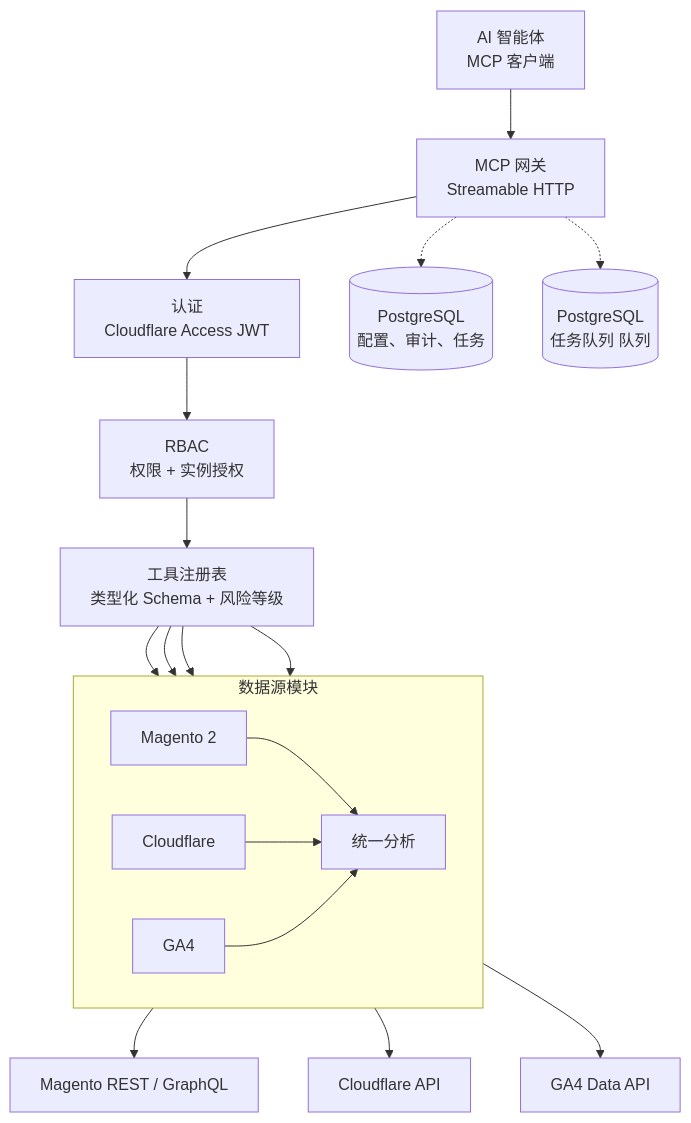
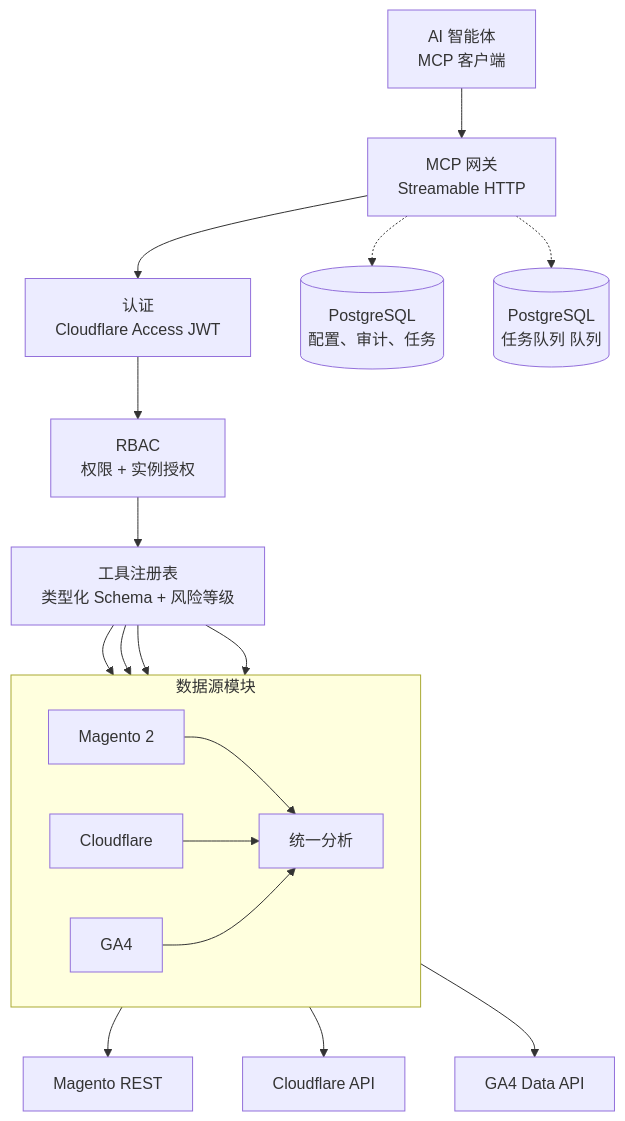
Before and after one commit to shuaiZend/mage2mcp: the diagram in README.zh-CN.md, drawn with Mermaid. The commit also changed other lines of this file and 44 other files, not shown here.

````diff
--- a/README.zh-CN.md
+++ b/README.zh-CN.md
@@ -181,26 +211,26 @@
 ```mermaid
 flowchart TB
   agents["AI 智能体<br/>MCP 客户端"] --> gateway["MCP 网关<br/>Streamable HTTP"]
   gateway --> auth["认证<br/>Cloudflare Access JWT"]
   auth --> rbac["RBAC<br/>权限 + 实例授权"]
   rbac --> registry["工具注册表<br/>类型化 Schema + 风险等级"]
   subgraph modules["数据源模块"]
     direction LR
     magento["Magento 2"]
     cloudflare["Cloudflare"]
     ga4["GA4"]
     unified["统一分析"]
   end
   registry --> magento
   registry --> cloudflare
   registry --> ga4
   registry --> unified
   magento --> unified
   cloudflare --> unified
   ga4 --> unified
-  magento --> mageapi["Magento REST / GraphQL"]
+  magento --> mageapi["Magento REST"]
   cloudflare --> cfapi["Cloudflare API"]
   ga4 --> gaapi["GA4 Data API"]
   gateway -.-> pg[("PostgreSQL<br/>配置、审计、任务")]
   gateway -.-> pgjobs[("PostgreSQL<br/>任务队列 队列")]
 ```
````
